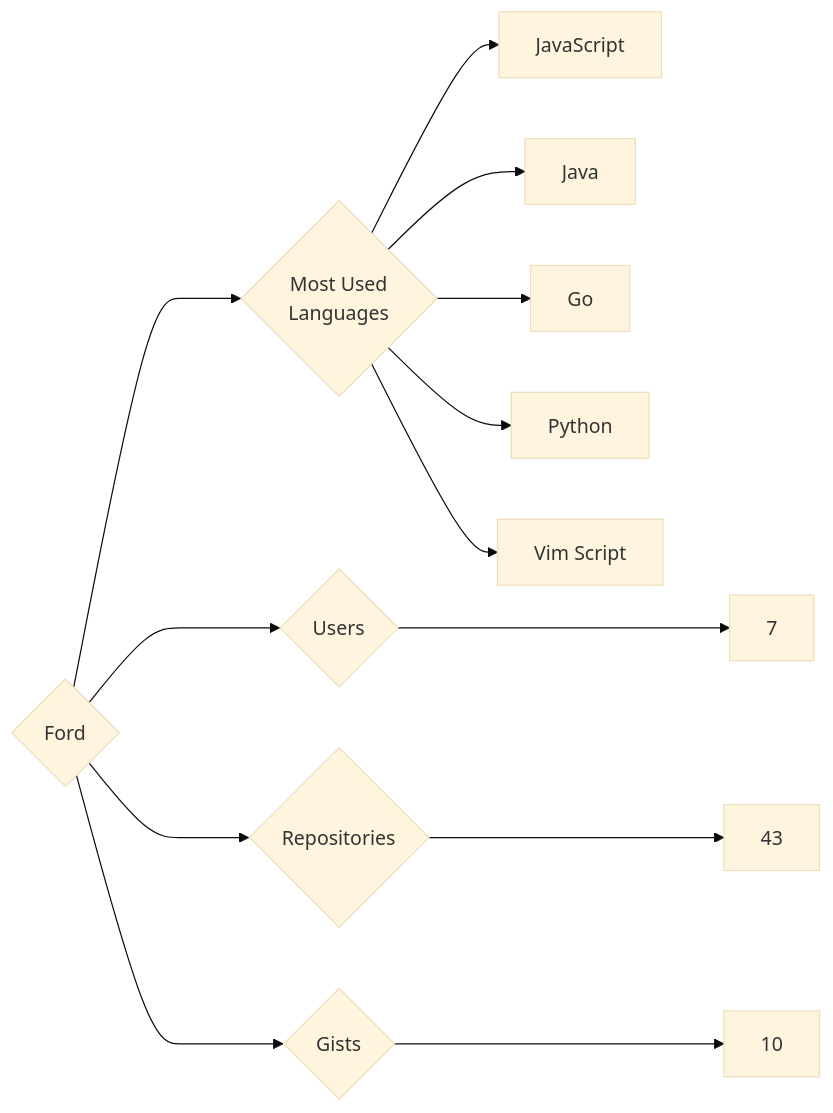
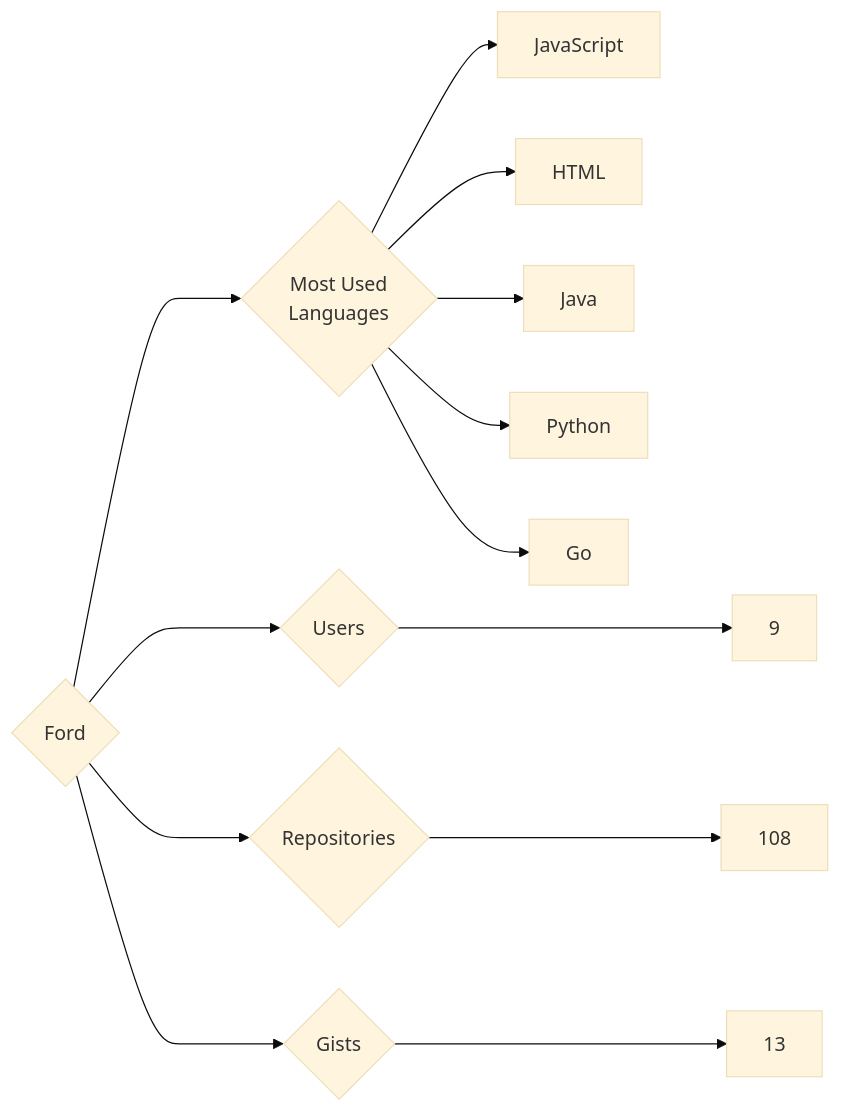
Before and after one commit to trickest/insiders: the diagram in targets/Ford/README.md, drawn with Mermaid (base theme). The commit also changed 840 other files, not shown here.

````diff
--- a/targets/Ford/README.md
+++ b/targets/Ford/README.md
@@ -3,13 +3,13 @@
 ```mermaid
 graph LR
 COMPANY_NAME{Ford}
-COMPANY_NAME ---> U{Users} ---> UN[7]
-COMPANY_NAME ---> R{Repositories} ---> RN[43]
-COMPANY_NAME ---> G{Gists} ---> GN[10]
+COMPANY_NAME ---> U{Users} ---> UN[9]
+COMPANY_NAME ---> R{Repositories} ---> RN[108]
+COMPANY_NAME ---> G{Gists} ---> GN[13]
 COMPANY_NAME ---> ML{Most Used<br>Languages}
 ML --> JavaScript[JavaScript]
+ML --> HTML[HTML]
 ML --> Java[Java]
+ML --> Python[Python]
 ML --> Go[Go]
-ML --> Python[Python]
-ML --> Vim_Script[Vim Script]
 ```
````
